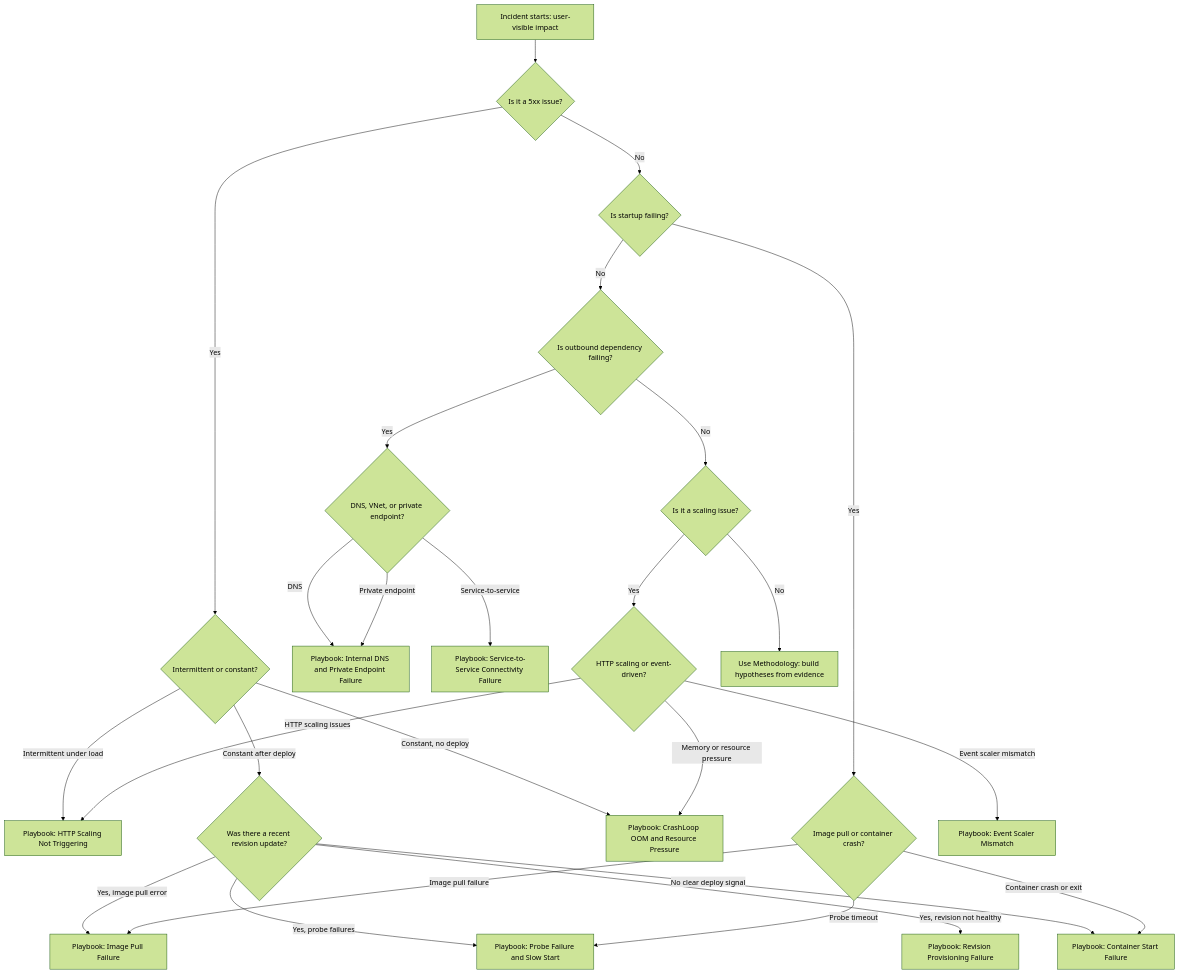
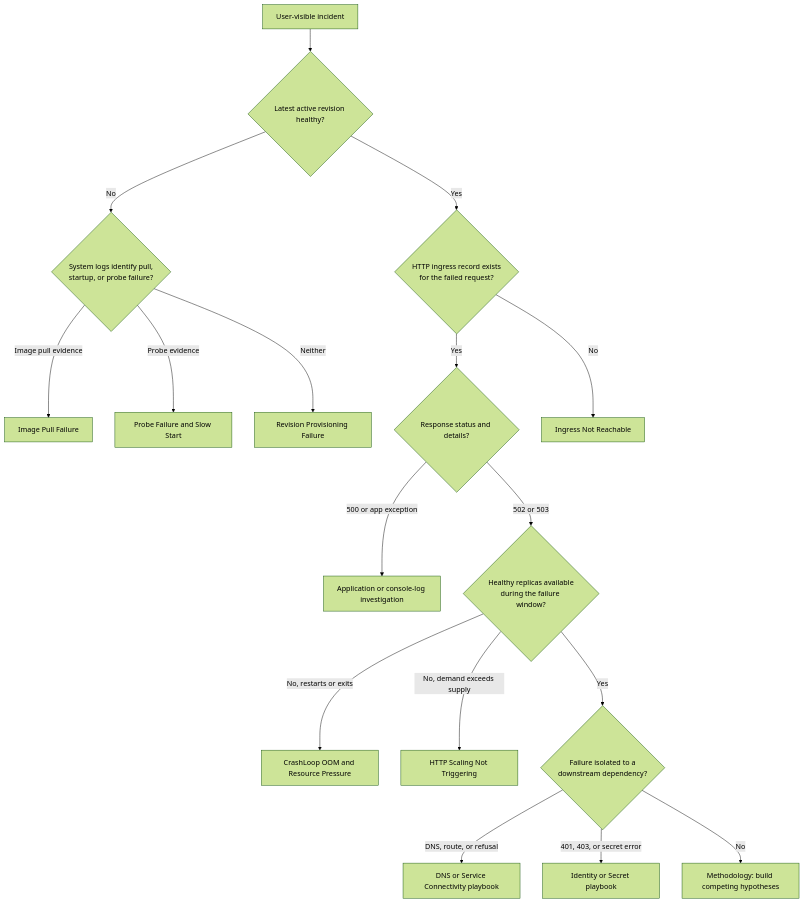
The first of 2 diagrams in docs/troubleshooting/decision-tree.md (yeongseon/azure-container-apps-practical-guide), drawn with Mermaid (forest theme) before and after one commit. The commit also changed other lines of this file and 13 other files, not shown here.

Commit message:
docs(diagrams): migrate the Container Apps troubleshooting overview diagrams (#616)

````diff
--- a/docs/troubleshooting/decision-tree.md
+++ b/docs/troubleshooting/decision-tree.md
@@ -49,37 +54,37 @@
 ```mermaid
 flowchart TD
-    S[Incident starts: user-visible impact] --> Q1{Is it a 5xx issue?}
+    START[User-visible incident]
+    REVISION{Latest active revision healthy?}
+    SYSTEM{System logs identify pull,<br/>startup, or probe failure?}
+    IMAGE[Image Pull Failure]
+    PROBE[Probe Failure and Slow Start]
+    PROVISION[Revision Provisioning Failure]
+    HTTP{HTTP ingress record exists<br/>for the failed request?}
+    STATUS{Response status and details?}
+    APP[Application or console-log investigation]
+    INGRESS[Ingress Not Reachable]
+    REPLICAS{Healthy replicas available<br/>during the failure window?}
+    RUNTIME[CrashLoop OOM and Resource Pressure]
+    SCALE[HTTP Scaling Not Triggering]
+    DEPENDENCY{Failure isolated to a<br/>downstream dependency?}
+    NETWORK[DNS or Service Connectivity playbook]
+    IDENTITY[Identity or Secret playbook]
+    METHOD[Methodology: build competing hypotheses]
 
-    Q1 -->|Yes| Q1A{Intermittent or constant?}
-    Q1 -->|No| Q2{Is startup failing?}
-
-    Q1A -->|Intermittent under load| P1[Playbook: HTTP Scaling Not Triggering]
-    Q1A -->|Constant after deploy| Q3{Was there a recent revision update?}
-    Q1A -->|Constant, no deploy| P2[Playbook: CrashLoop OOM and Resource Pressure]
-
-    Q3 -->|Yes, image pull error| P3[Playbook: Image Pull Failure]
-    Q3 -->|Yes, probe failures| P4[Playbook: Probe Failure and Slow Start]
-    Q3 -->|Yes, revision not healthy| P5[Playbook: Revision Provisioning Failure]
-    Q3 -->|No clear deploy signal| P6[Playbook: Container Start Failure]
-
-    Q2 -->|Yes| Q2A{Image pull or container crash?}
-    Q2 -->|No| Q4{Is outbound dependency failing?}
-
-    Q2A -->|Image pull failure| P3
-    Q2A -->|Container crash or exit| P6
-    Q2A -->|Probe timeout| P4
-
-    Q4 -->|Yes| Q4A{DNS, VNet, or private endpoint?}
-    Q4 -->|No| Q5{Is it a scaling issue?}
-
-    Q4A -->|DNS| P9[Playbook: Internal DNS and Private Endpoint Failure]
-    Q4A -->|Service-to-service| P10[Playbook: Service-to-Service Connectivity Failure]
-    Q4A -->|Private endpoint| P9
-
-    Q5 -->|Yes| Q5A{HTTP scaling or event-driven?}
-    Q5 -->|No| P12[Use Methodology: build hypotheses from evidence]
-
-    Q5A -->|HTTP scaling issues| P1
-    Q5A -->|Event scaler mismatch| P13[Playbook: Event Scaler Mismatch]
-    Q5A -->|Memory or resource pressure| P2
+    START --> REVISION
+    REVISION -->|No| SYSTEM
+    REVISION -->|Yes| HTTP
+    SYSTEM -->|Image pull evidence| IMAGE
+    SYSTEM -->|Probe evidence| PROBE
+    SYSTEM -->|Neither| PROVISION
+    HTTP -->|Yes| STATUS
+    HTTP -->|No| INGRESS
+    STATUS -->|500 or app exception| APP
+    STATUS -->|502 or 503| REPLICAS
+    REPLICAS -->|No, restarts or exits| RUNTIME
+    REPLICAS -->|No, demand exceeds supply| SCALE
+    REPLICAS -->|Yes| DEPENDENCY
+    DEPENDENCY -->|DNS, route, or refusal| NETWORK
+    DEPENDENCY -->|401, 403, or secret error| IDENTITY
+    DEPENDENCY -->|No| METHOD
 ```
````
